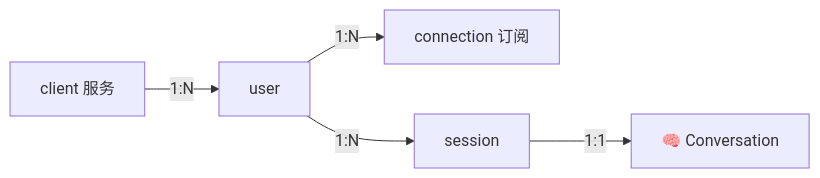
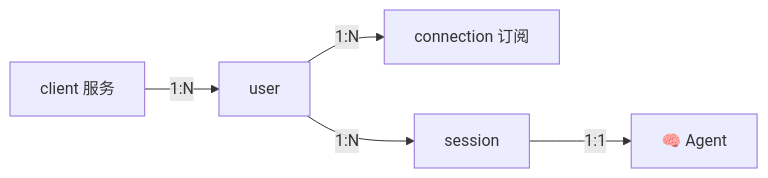
One commit to dingdalong/skynet_agent changed the first of 2 diagrams in docs/architecture/AGENT_GATEWAY.md. Above: the diagram before and after it, drawn with Mermaid. The commit also changed other lines of this file and 7 other files, not shown here.

````diff
--- a/docs/architecture/AGENT_GATEWAY.md
+++ b/docs/architecture/AGENT_GATEWAY.md
@@ -20,7 +19,7 @@
 ```mermaid
 flowchart LR
     C["client 服务"] -->|"1:N"| U["user"]
     U -->|"1:N"| N["connection 订阅"]
     U -->|"1:N"| S["session"]
-    S -->|"1:1"| V["🧠 Conversation"]
+    S -->|"1:1"| A["🧠 Agent"]
 ```
````
